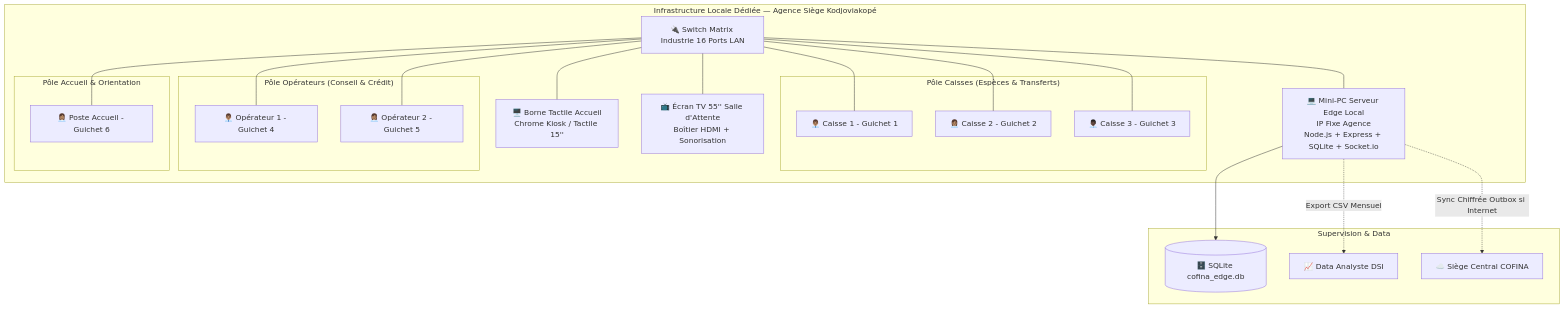
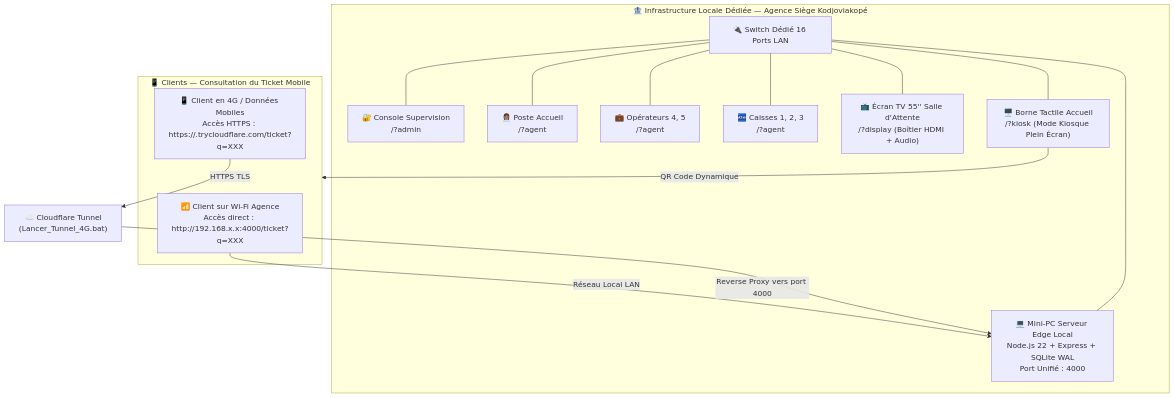
The first of 3 diagrams in DOCUMENTATION_TECHNIQUE.md (DavidLegend007/Cofina-Queue-Deployement), drawn with Mermaid before and after one commit. The commit also changed other lines of this file and 36 other files, not shown here.

Commit message:
feat: V3 - Passerelle 4G Cloudflare, UI plein ecran sans navbar, automatisation caissier et mise a jour documentation

````diff
--- a/DOCUMENTATION_TECHNIQUE.md
+++ b/DOCUMENTATION_TECHNIQUE.md
@@ -106,42 +109,33 @@
 ```mermaid
-graph TD
-    subgraph "Infrastructure Locale Dédiée — Agence Siège Kodjoviakopé"
-        SwitchDedicated[🔌 Switch Matrix Industrie 16 Ports LAN]
+graph TB
+    subgraph LAN ["🏦 Infrastructure Locale Dédiée — Agence Siège Kodjoviakopé"]
+        Switch[🔌 Switch Dédié 16 Ports LAN]
 
-        MiniPC[💻 Mini-PC Serveur Edge Local<br/>IP Fixe Agence<br/>Node.js + Express + SQLite + Socket.io]
+        MiniPC["💻 Mini-PC Serveur Edge Local\nNode.js 22 + Express + SQLite WAL\nPort Unifié : 4000"]
         
-        Kiosk[🖥️ Borne Tactile Accueil<br/>Chrome Kiosk / Tactile 15'']
-        DisplayTV[📺 Écran TV 55'' Salle d'Attente<br/>Boîtier HDMI + Sonorisation]
+        Kiosk["🖥️ Borne Tactile Accueil\n/?kiosk (Mode Kiosque Plein Écran)"]
+        DisplayTV["📺 Écran TV 55'' Salle d'Attente\n/?display (Boîtier HDMI + Audio)"]
+        Caisses["🏧 Caisses 1, 2, 3\n/?agent"]
+        Operateurs["💼 Opérateurs 4, 5\n/?agent"]
+        Accueil["👩🏽‍💼 Poste Accueil\n/?agent"]
+        Admin["🔐 Console Supervision\n/?admin"]
 
-        subgraph "Pôle Caisses (Espèces & Transferts)"
-            Caisse1[👨🏽‍💼 Caisse 1 - Guichet 1]
-            Caisse2[👩🏽‍💼 Caisse 2 - Guichet 2]
-            Caisse3[👨🏿‍💼 Caisse 3 - Guichet 3]
-        end
-
-        subgraph "Pôle Opérateurs (Conseil & Crédit)"
-            Operateur1[👨🏽‍💼 Opérateur 1 - Guichet 4]
-            Operateur2[👩🏽‍💼 Opérateur 2 - Guichet 5]
-        end
-
-        subgraph "Pôle Accueil & Orientation"
-            Accueil[👩🏽‍💼 Poste Accueil - Guichet 6]
-        end
-
-        SwitchDedicated --- MiniPC
-        SwitchDedicated --- Kiosk
-        SwitchDedicated --- DisplayTV
-        SwitchDedicated --- Caisse1
-        SwitchDedicated --- Caisse2
-        SwitchDedicated --- Caisse3
-        SwitchDedicated --- Operateur1
-        SwitchDedicated --- Operateur2
-        SwitchDedicated --- Accueil
+        Switch --- MiniPC
+        Switch --- Kiosk
+        Switch --- DisplayTV
+        Switch --- Caisses
+        Switch --- Operateurs
+        Switch --- Accueil
+        Switch --- Admin
     end
 
-    subgraph "Supervision & Data"
-        MiniPC --> LocalDB[(🗄️ SQLite cofina_edge.db)]
-        MiniPC -.->|Export CSV Mensuel| DataAnalyst[📈 Data Analyste DSI]
-        MiniPC -.->|Sync Chiffrée Outbox si Internet| CloudCentral[☁️ Siège Central COFINA]
+    subgraph CLIENTS ["📱 Clients — Consultation du Ticket Mobile"]
+        ClientWifi["📶 Client sur Wi-Fi Agence\nAccès direct : http://192.168.x.x:4000/ticket?q=XXX"]
+        Client4G["📱 Client en 4G / Données Mobiles\nAccès HTTPS : https://<tunnel>.trycloudflare.com/ticket?q=XXX"]
     end
+
+    Kiosk -->|QR Code Dynamique| CLIENTS
+    ClientWifi -->|Réseau Local LAN| MiniPC
+    Client4G -->|HTTPS TLS| Cloudflare["☁️ Cloudflare Tunnel\n(Lancer_Tunnel_4G.bat)"]
+    Cloudflare -->|Reverse Proxy vers port 4000| MiniPC
 ```
````
